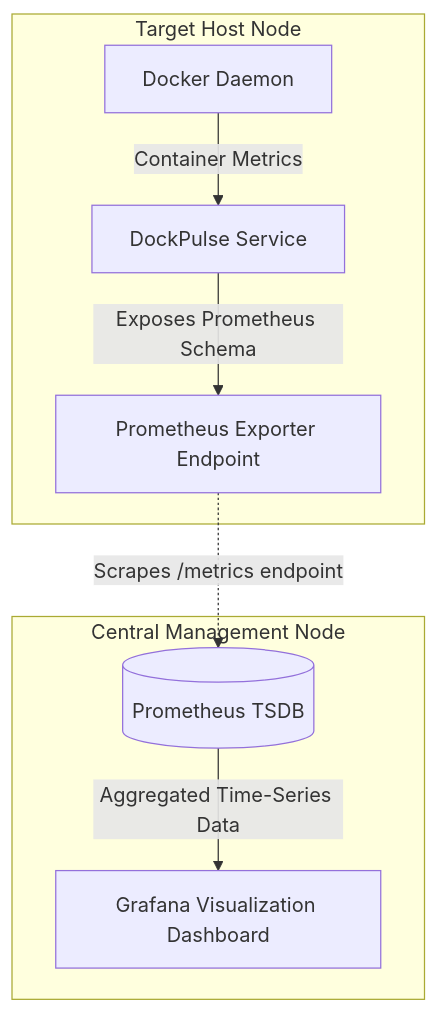
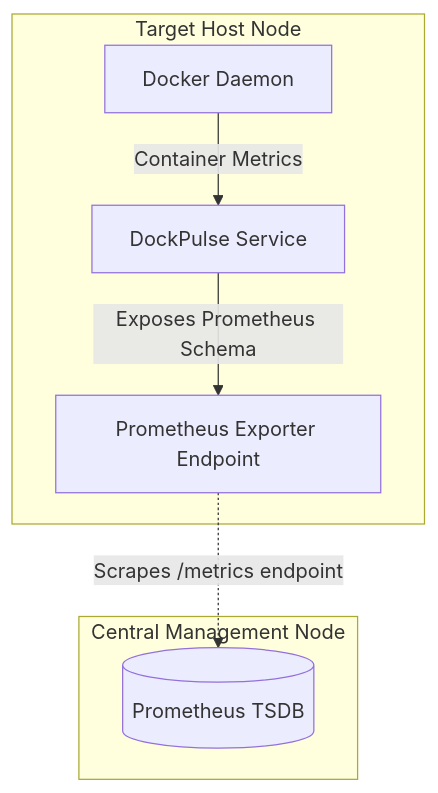
The fourth of 4 diagrams in PROJECT_REPORT.md (purvanshiattri/DockPulse), drawn with Mermaid before and after one commit. The commit also changed other lines of this file and 10 other files, not shown here.

````diff
--- a/PROJECT_REPORT.md
+++ b/PROJECT_REPORT.md
@@ -336,18 +336,16 @@
 ```mermaid
 graph TD
     subgraph HostNode [Target Host Node]
         APP[DockPulse Service]
         EXP[Prometheus Exporter Endpoint]
         DOCK[Docker Daemon]
     end
 
     subgraph MonitoringNode [Central Management Node]
         PROM[(Prometheus TSDB)]
-        GRAF[Grafana Visualization Dashboard]
     end
 
     DOCK -->|Container Metrics| APP
     APP -->|Exposes Prometheus Schema| EXP
     EXP -.->|Scrapes /metrics endpoint| PROM
-    PROM -->|Aggregated Time-Series Data| GRAF
 ```
````
